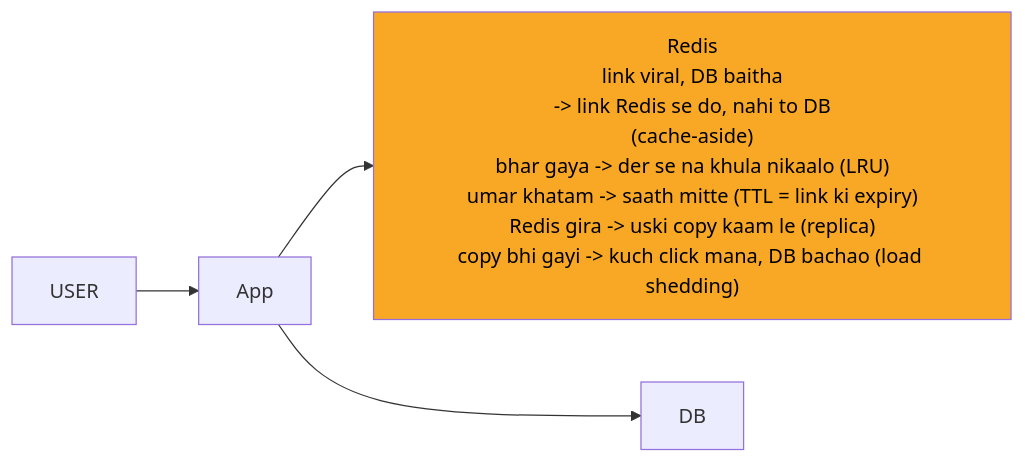
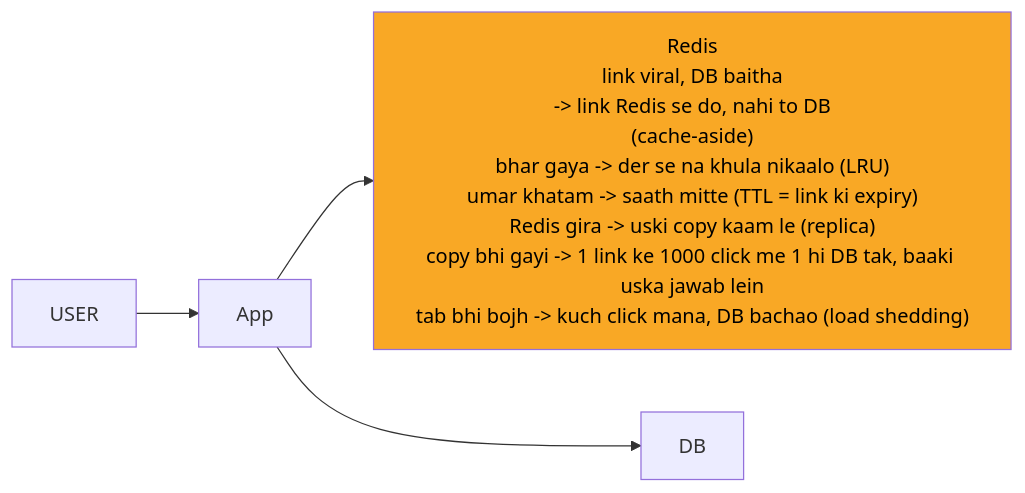
One commit to ArpanMaheshwari144/Prep changed the second of 10 diagrams in 04_HLD/SYSTEM_DESIGNS/01_url_shortener/01_url_shortener.md. Above: the diagram before and after it, drawn with Mermaid.

Commit message:
url shortener card 1: 1000 click me 1 DB wali line wapas

````diff
--- a/04_HLD/SYSTEM_DESIGNS/01_url_shortener/01_url_shortener.md
+++ b/04_HLD/SYSTEM_DESIGNS/01_url_shortener/01_url_shortener.md
@@ -113,12 +113,12 @@
 ```mermaid
 %%{init: {"flowchart": {"wrappingWidth": 450}}}%%
 flowchart LR
     n_USER["USER"]
     n_App["App"]
-    n_Redis["Redis<br/>link viral, DB baitha<br/>-> link Redis se do, nahi to DB<br/>(cache-aside)<br/>bhar gaya -> der se na khula nikaalo (LRU)<br/>umar khatam -> saath mitte (TTL = link ki expiry)<br/>Redis gira -> uski copy kaam le (replica)<br/>copy bhi gayi -> kuch click mana, DB bachao (load shedding)"]
+    n_Redis["Redis<br/>link viral, DB baitha<br/>-> link Redis se do, nahi to DB<br/>(cache-aside)<br/>bhar gaya -> der se na khula nikaalo (LRU)<br/>umar khatam -> saath mitte (TTL = link ki expiry)<br/>Redis gira -> uski copy kaam le (replica)<br/>copy bhi gayi -> 1 link ke 1000 click me 1 hi DB tak, baaki uska jawab lein<br/>tab bhi bojh -> kuch click mana, DB bachao (load shedding)"]
     n_DB["DB"]
     n_USER --> n_App
     n_App --> n_Redis
     n_App --> n_DB
     style n_Redis fill:#f9a825,color:#000
 ```
````
